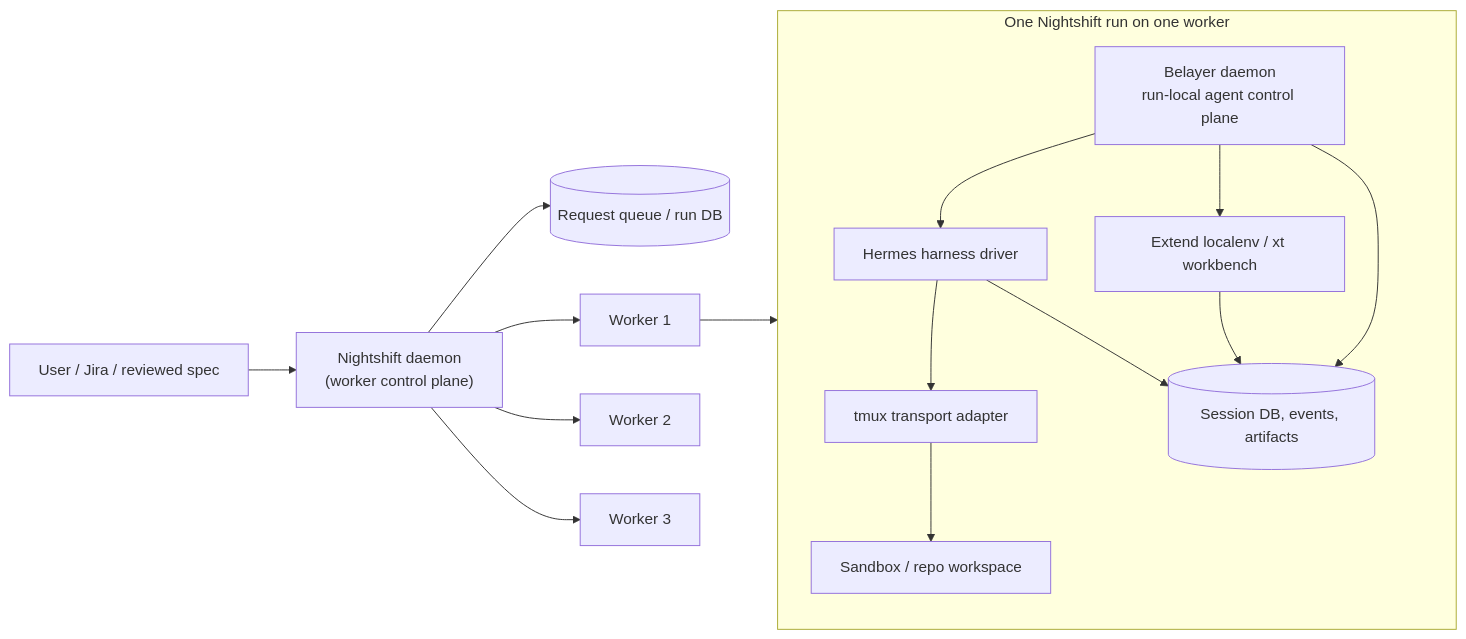
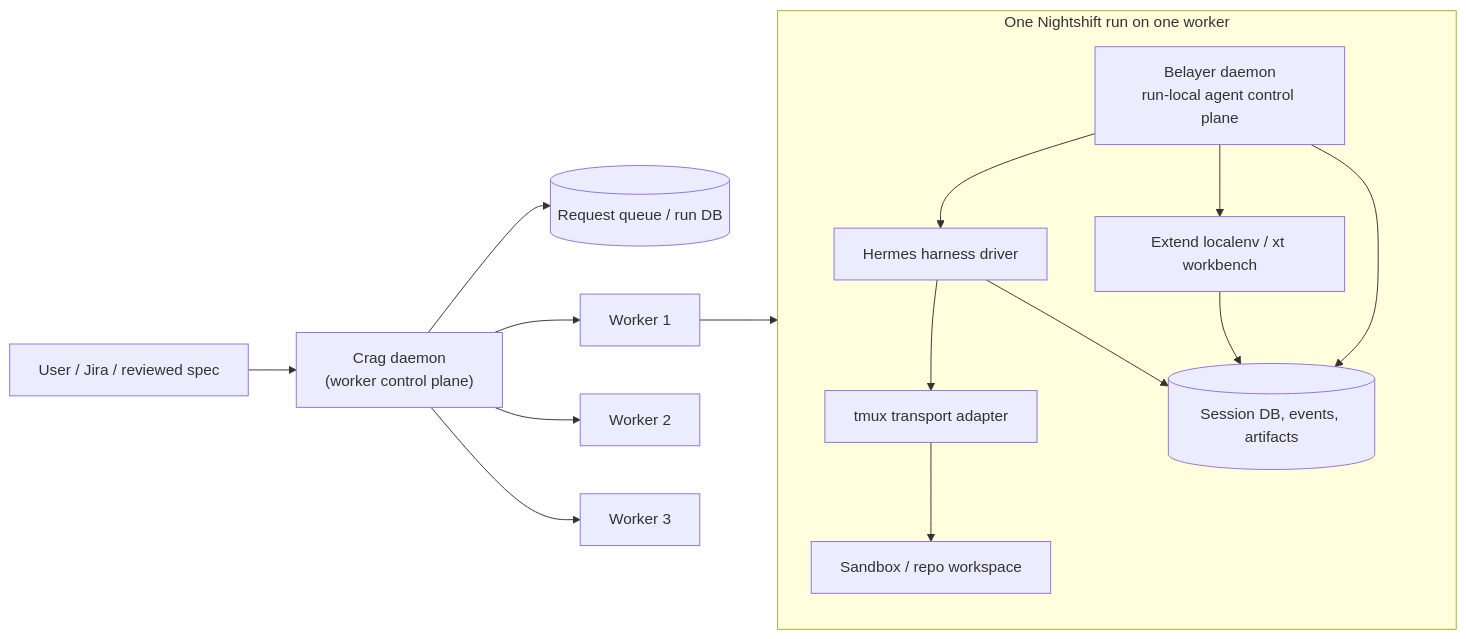
One commit to donovan-yohan/belayer changed the first of 2 diagrams in docs/ARCHITECTURE.md. Above: the diagram before and after it, drawn with Mermaid. The commit also changed other lines of this file and 11 other files, not shown here.

First line of the commit message:
docs: add agent architecture, design docs, and PM completion gate spec

````diff
--- a/docs/ARCHITECTURE.md
+++ b/docs/ARCHITECTURE.md
@@ -39,27 +39,27 @@
 ```mermaid
 flowchart LR
-    User["User / Jira / reviewed spec"] --> NCP["Nightshift daemon\n(worker control plane)"]
+    User["User / Jira / reviewed spec"] --> NCP["Crag daemon\n(worker control plane)"]
     NCP --> Queue[("Request queue / run DB")]
     NCP --> W1["Worker 1"]
     NCP --> W2["Worker 2"]
     NCP --> W3["Worker 3"]
 
     subgraph WorkerRun["One Nightshift run on one worker"]
         B["Belayer daemon\nrun-local agent control plane"]
         H["Hermes harness driver"]
         T["tmux transport adapter"]
         S["Sandbox / repo workspace"]
         X["Extend localenv / xt workbench"]
         A[("Session DB, events, artifacts")]
 
         B --> H
         H --> T
         T --> S
         B --> X
         B --> A
         H --> A
         X --> A
     end
 
     W1 --> WorkerRun
 ```
````
